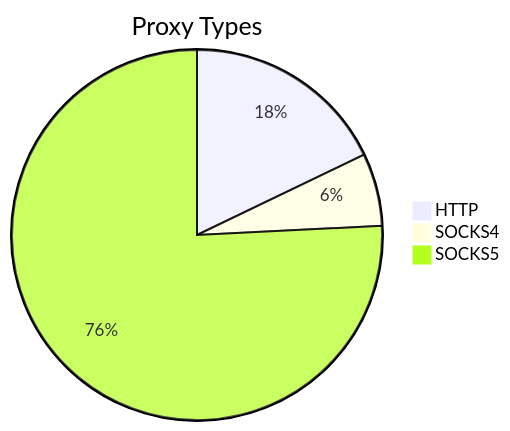
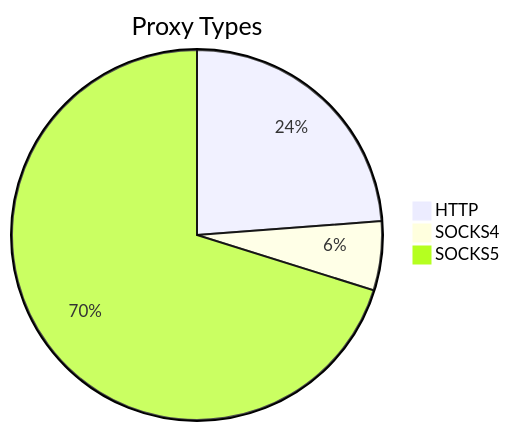
The first of 2 diagrams in README.md (stormsia/proxy-list), drawn with Mermaid before and after one commit. The commit also changed other lines of this file, not shown here.

````diff
--- a/README.md
+++ b/README.md
@@ -21,6 +21,6 @@
 ```mermaid
 pie title Proxy Types
-    "HTTP" : 135
-    "SOCKS4" : 48
-    "SOCKS5" : 573
+    "HTTP" : 154
+    "SOCKS4" : 39
+    "SOCKS5" : 454
 ```
````
